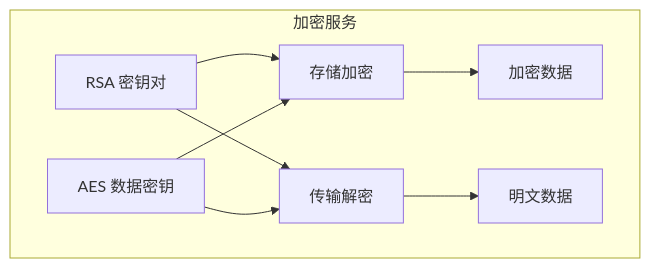
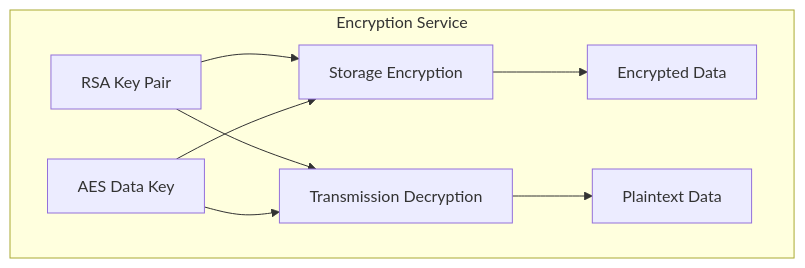
Before and after one commit to zcxGGmu/DeepAlpha: the sixth of 11 diagrams in docs/improve/kilo-code/NOFX-技术分析报告.md, drawn with Mermaid. The commit also changed other lines of this file, not shown here.

Commit message:
fix: 修复 Mermaid 图表中文标签兼容性问题

````diff
--- a/docs/improve/kilo-code/NOFX-技术分析报告.md
+++ b/docs/improve/kilo-code/NOFX-技术分析报告.md
@@ -543,16 +551,16 @@
 ```mermaid
 graph TB
-    subgraph 加密服务
-        RSAKey[RSA 密钥对]
-        AESKey[AES 数据密钥]
+    subgraph CryptoService[Encryption Service]
+        RSAKey[RSA Key Pair]
+        AESKey[AES Data Key]
         
-        RSAKey --> EncryptForStorage[存储加密]
+        RSAKey --> EncryptForStorage[Storage Encryption]
         AESKey --> EncryptForStorage
         
-        RSAKey --> DecryptPayload[传输解密]
+        RSAKey --> DecryptPayload[Transmission Decryption]
         AESKey --> DecryptPayload
         
-        EncryptForStorage --> EncryptedData[加密数据]
-        DecryptPayload --> Plaintext[明文数据]
+        EncryptForStorage --> EncryptedData[Encrypted Data]
+        DecryptPayload --> Plaintext[Plaintext Data]
     end
 ```
````
